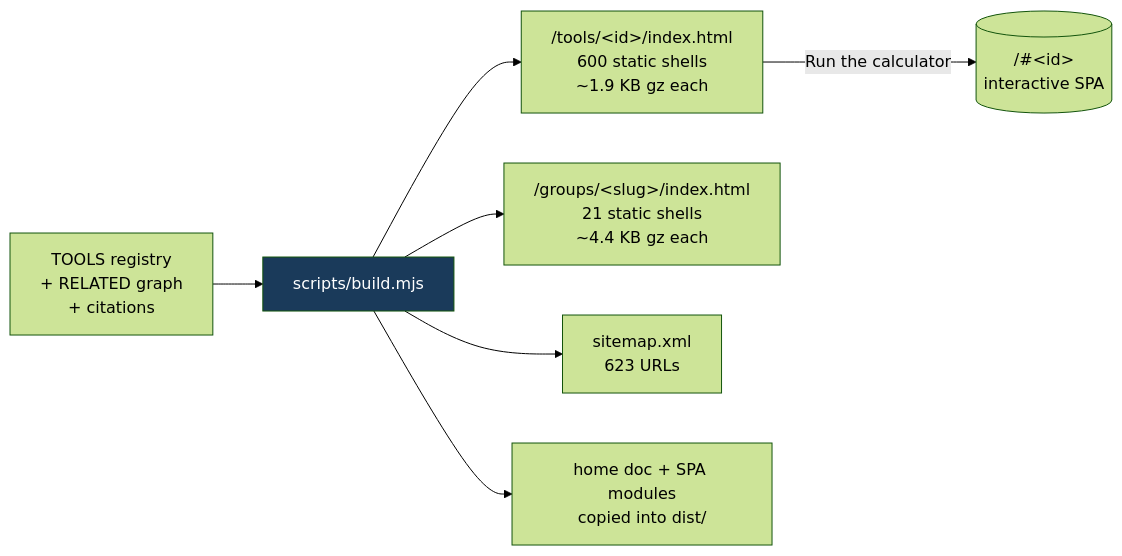
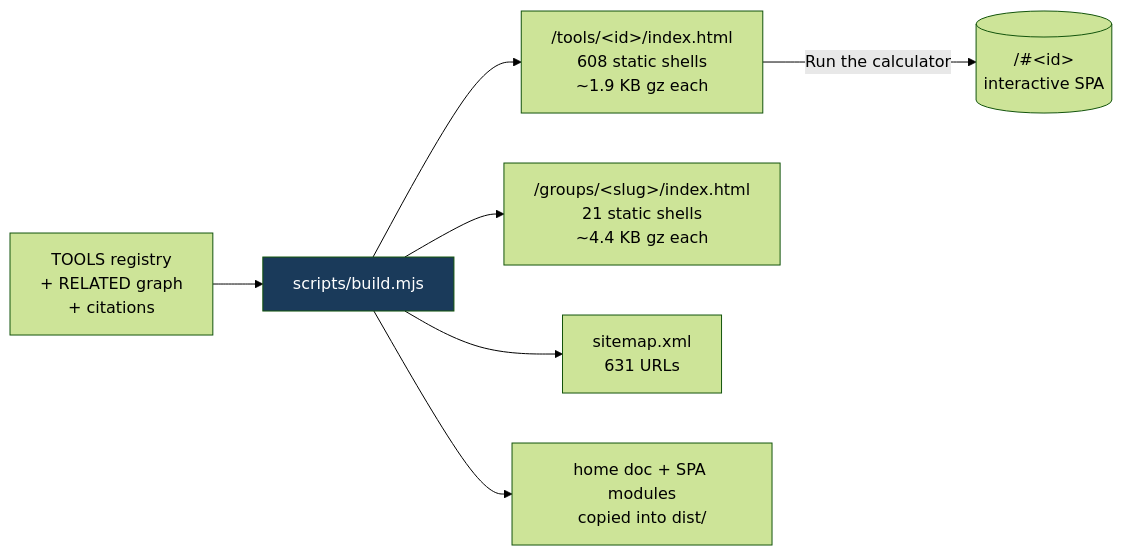
The fifth of 8 diagrams in README.md (clay-good/roughlogic.com), drawn with Mermaid (forest theme) before and after one commit. The commit also changed other lines of this file and 96 other files, not shown here.

````diff
--- a/README.md
+++ b/README.md
@@ -444,10 +446,10 @@
 ```mermaid
 flowchart LR
     SRC[TOOLS registry\n+ RELATED graph\n+ citations] --> BUILD[scripts/build.mjs]
-    BUILD --> TILE["/tools/&lt;id&gt;/index.html\n600 static shells\n~1.9 KB gz each"]
+    BUILD --> TILE["/tools/&lt;id&gt;/index.html\n608 static shells\n~1.9 KB gz each"]
     BUILD --> GROUP["/groups/&lt;slug&gt;/index.html\n21 static shells\n~4.4 KB gz each"]
-    BUILD --> MAP["sitemap.xml\n623 URLs"]
+    BUILD --> MAP["sitemap.xml\n631 URLs"]
     BUILD --> COPY[home doc + SPA modules\ncopied into dist/]
     TILE -->|Run the calculator| SPA[("/#&lt;id&gt;\ninteractive SPA")]
     style BUILD fill:#1a3a5a,color:#fff
 ```
````
